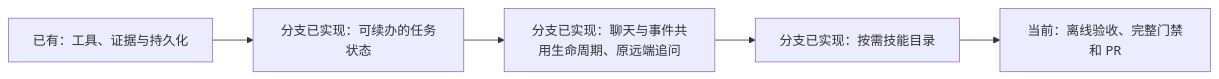
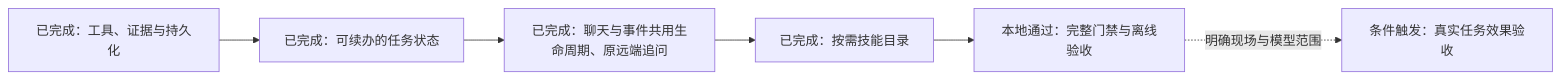
The diagram in docs/project/stages/2026-10-20-agent-task-harness.md (Sugarfarmeriod/TunnelMinion), drawn with Mermaid before and after one commit. The commit also changed other lines of this file and 1 other file, not shown here.

````diff
--- a/docs/project/stages/2026-10-20-agent-task-harness.md
+++ b/docs/project/stages/2026-10-20-agent-task-harness.md
@@ -43,7 +44,8 @@
 ```mermaid
 flowchart LR
-    A["已有：工具、证据与持久化"] --> B["分支已实现：可续办的任务状态"]
-    B --> C["分支已实现：聊天与事件共用生命周期、原远端追问"]
-    C --> D["分支已实现：按需技能目录"]
-    D --> E["当前：离线验收、完整门禁和 PR"]
+    A["已完成：工具、证据与持久化"] --> B["已完成：可续办的任务状态"]
+    B --> C["已完成：聊天与事件共用生命周期、原远端追问"]
+    C --> D["已完成：按需技能目录"]
+    D --> E["本地通过：完整门禁与离线验收"]
+    E -.明确现场与模型范围.-> F["条件触发：真实任务效果验收"]
 ```
````
